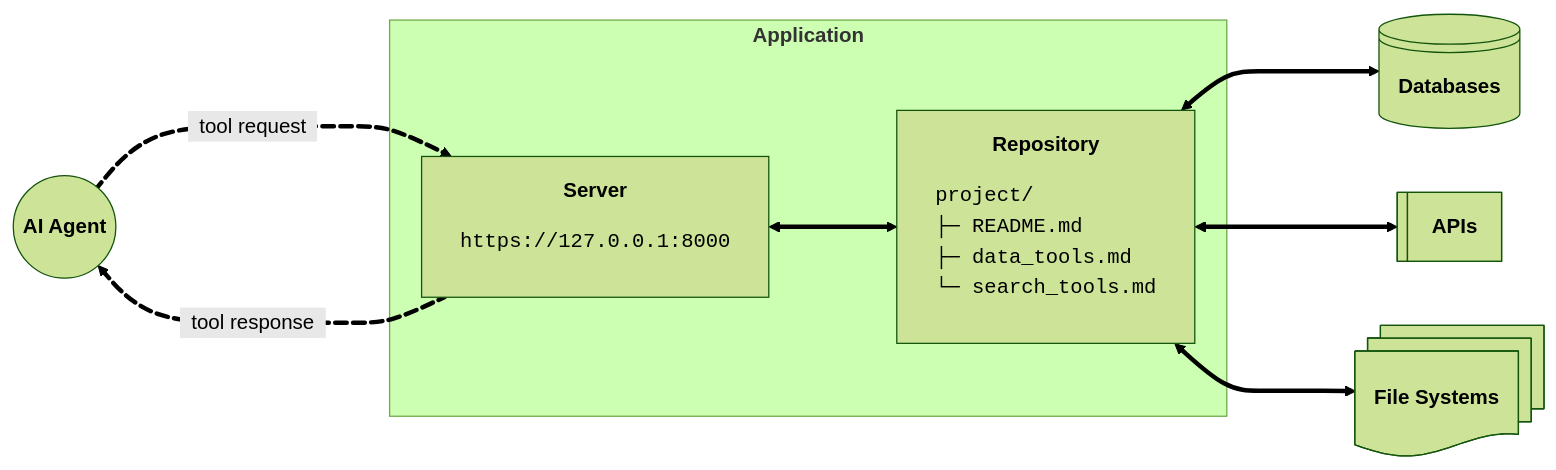
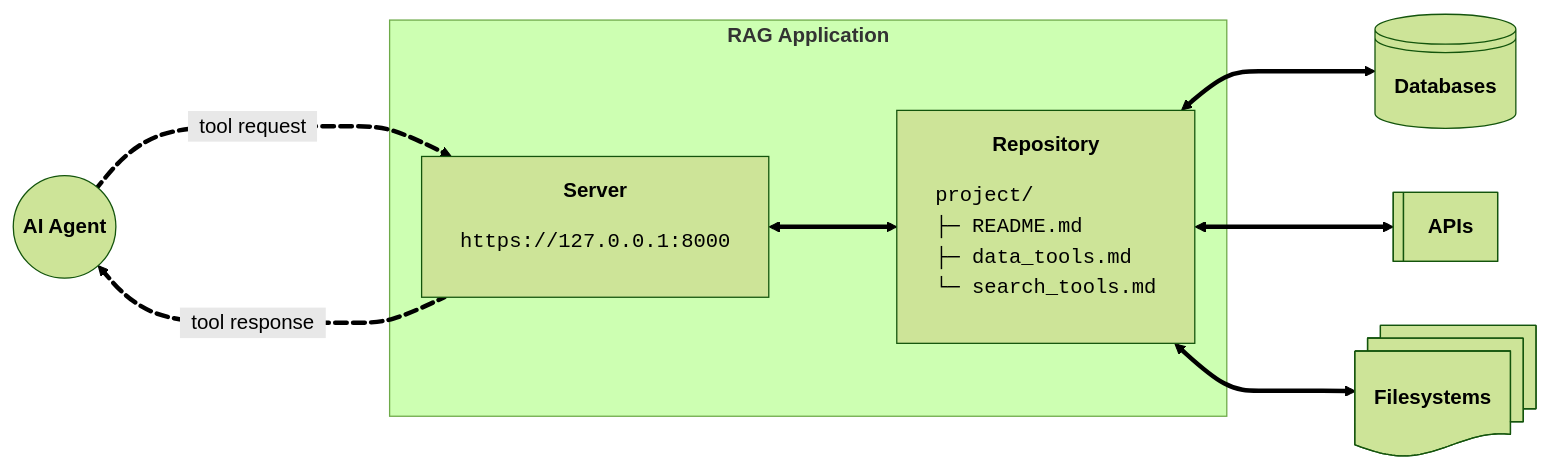
Before and after one commit to statespace-tech/toolfront: the first of 2 diagrams in docs/pages/documentation/application/architecture.md, drawn with Mermaid (forest theme). The commit also changed other lines of this file and 19 other files, not shown here.

````diff
--- a/docs/pages/documentation/application/architecture.md
+++ b/docs/pages/documentation/application/architecture.md
@@ -13,19 +13,19 @@
 ```mermaid
 graph LR
     Agent(("<b>AI Agent</b>")) e1@===>| &nbsp; tool request &nbsp; | Server
     Server e2@===>| &nbsp; tool response &nbsp; | Agent
 
-    subgraph App["<b>Application</b>"]
+    subgraph App["<b>RAG Application</b>"]
         Server["<b>Server</b><br/><pre style='font-family:monospace'>https://127.0.0.1:8000</pre>"] e3@ <===> Repository["<b>Repository</b></br><pre style='text-align:left; font-family:monospace'>project/
 ├─ README.md
 ├─ data_tools.md
 └─ search_tools.md</pre>"]
     end
 
     Repository <===> API@{ shape: lin-cyl, label: "<b>Databases</b>" }
     Repository <===> Database@{ shape: lin-rect, label: "<b>APIs</b>" }
-    Repository <===> FileSystem@{ shape: docs, label: "<b>File Systems</b>" }
+    Repository <===> FileSystem@{ shape: docs, label: "<b>Filesystems</b>" }
 
     e1@{ animation: slow }
     e2@{ animation: slow }
 ```
````
